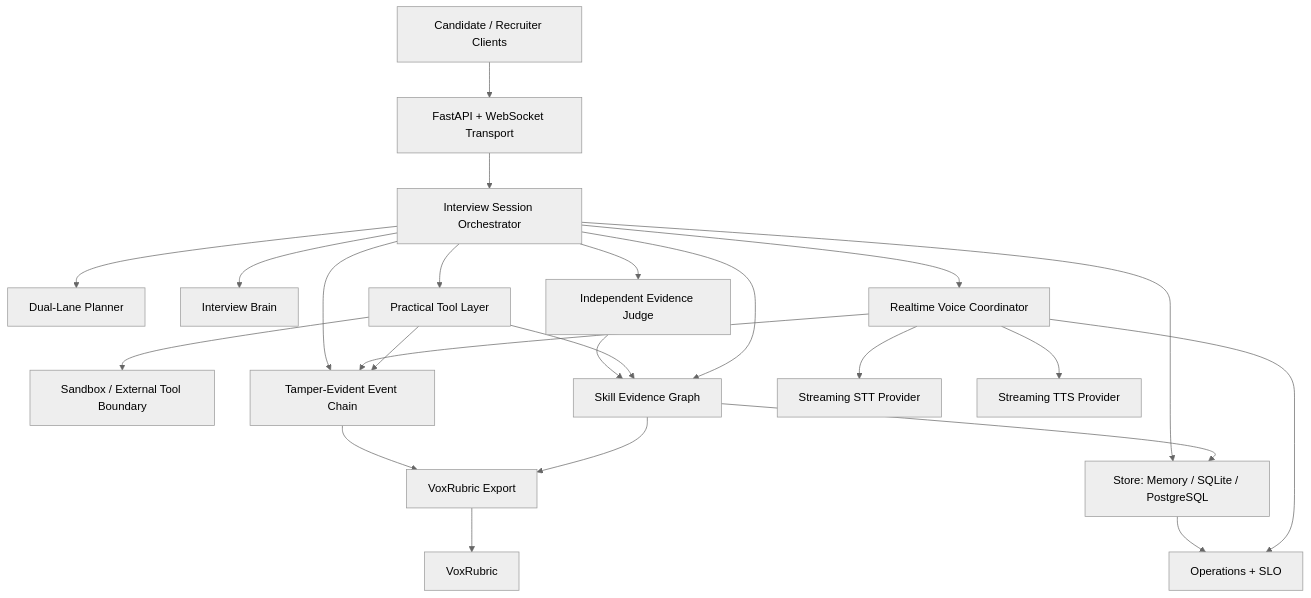
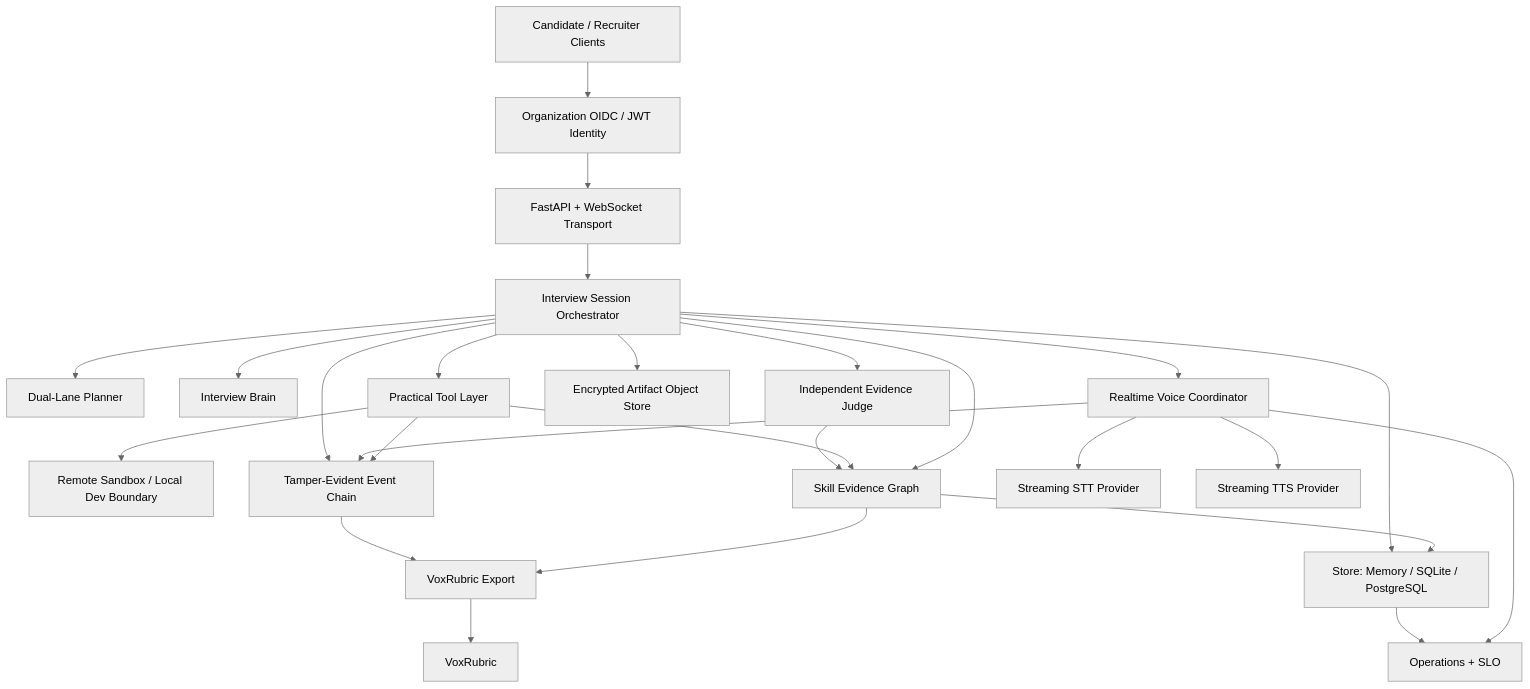
Before and after one commit to Mahmoud-Shabana/nora-interviewer: the first of 2 diagrams in docs/ARCHITECTURE.md, drawn with Mermaid (neutral theme). The commit also changed other lines of this file, not shown here.

Commit message:
docs(architecture): define Nora 0.5 threat boundaries

````diff
--- a/docs/ARCHITECTURE.md
+++ b/docs/ARCHITECTURE.md
@@ -5,44 +5,48 @@
 ```mermaid
 flowchart TB
     Client[Candidate / Recruiter Clients]
     API[FastAPI + WebSocket Transport]
     Session[Interview Session Orchestrator]
     Planner[Dual-Lane Planner]
     Brain[Interview Brain]
     Judge[Independent Evidence Judge]
     Tools[Practical Tool Layer]
-    Sandbox[Sandbox / External Tool Boundary]
+    Sandbox[Remote Sandbox / Local Dev Boundary]
+    Artifact[Encrypted Artifact Object Store]
+    Identity[Organization OIDC / JWT Identity]
     Evidence[Skill Evidence Graph]
     Store[Store: Memory / SQLite / PostgreSQL]
     Audit[Tamper-Evident Event Chain]
     Voice[Realtime Voice Coordinator]
     STT[Streaming STT Provider]
     TTS[Streaming TTS Provider]
     Ops[Operations + SLO]
     Export[VoxRubric Export]
     Vox[VoxRubric]
 
-    Client --> API
+    Client --> Identity
+    Identity --> API
     API --> Session
     Session --> Planner
     Session --> Brain
     Session --> Voice
     Voice --> STT
     Voice --> TTS
     Session --> Tools
     Tools --> Sandbox
     Session --> Judge
     Judge --> Evidence
     Tools --> Evidence
     Session --> Evidence
     Session --> Store
+    Session --> Artifact
     Evidence --> Store
     Session --> Audit
     Voice --> Audit
     Tools --> Audit
     Store --> Ops
     Voice --> Ops
     Audit --> Export
     Evidence --> Export
     Export --> Vox
 ```
````
